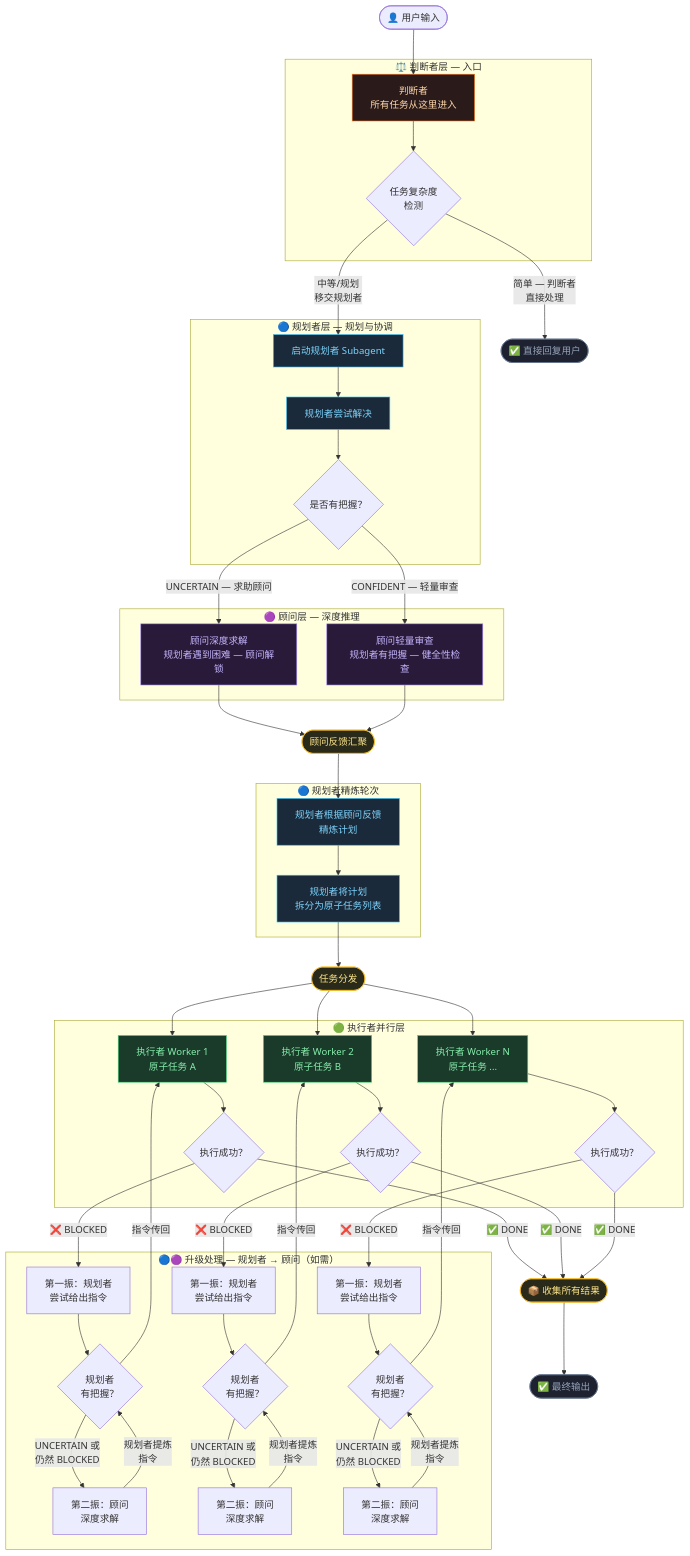
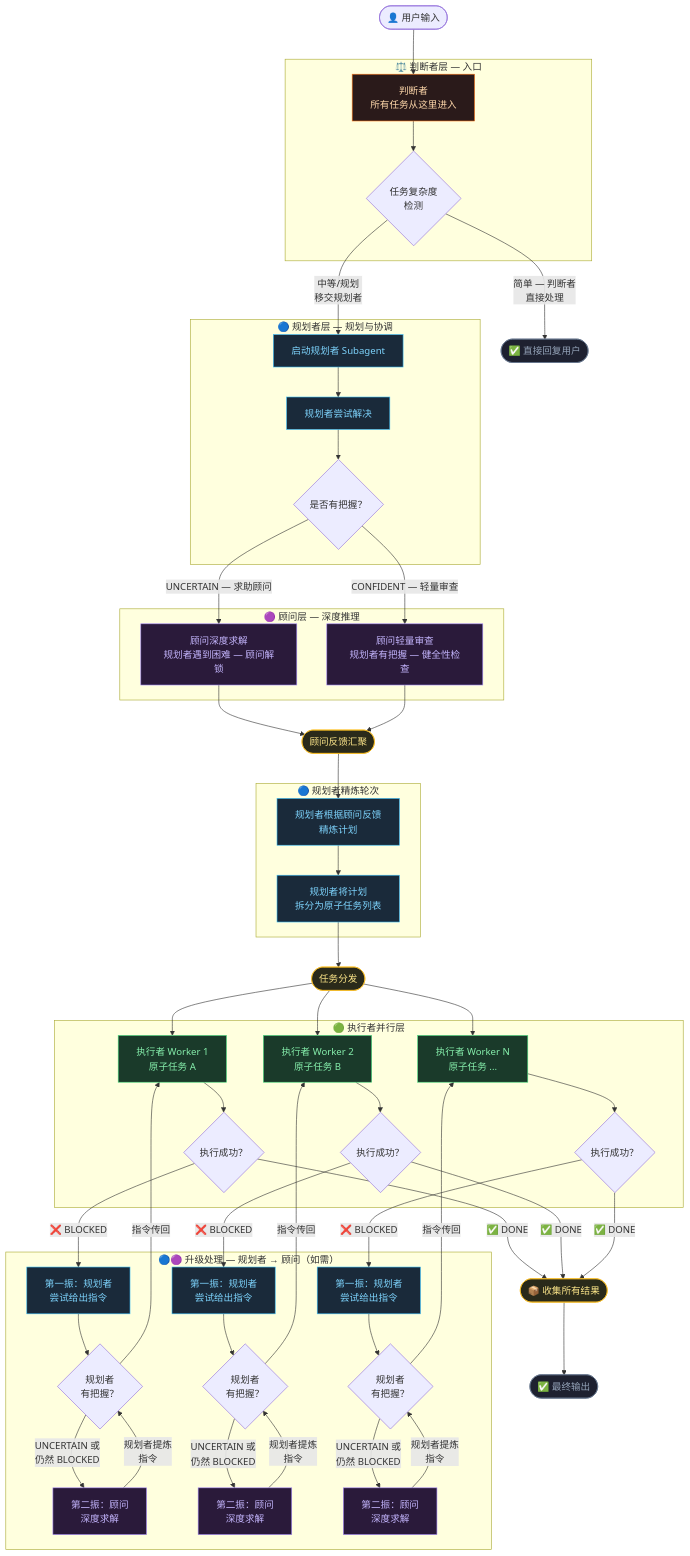
The diagram in README-zh.md (shttty/smart-cascade), drawn with Mermaid before and after one commit. The commit also changed 2 other files, not shown here.

Commit message:
fix: correct class assignments in Mermaid diagrams, update HTML subtitle with Judge role

````diff
--- a/README-zh.md
+++ b/README-zh.md
@@ -110,8 +110,8 @@
 
     class JUDGE judge
     class T1,T2,T3 executor
-    class PLANNER_START,PLANNER_TRY,PLANNER_REFINE,PLANNER_SPLIT,ESC1,ESC2,ESC3 planner
-    class ADVISOR_SOLVE,ADVISOR_REVIEW advisor
+    class PLANNER_START,PLANNER_TRY,PLANNER_REFINE,PLANNER_SPLIT,ESC1_P,ESC2_P,ESC3_P planner
+    class ADVISOR_SOLVE,ADVISOR_REVIEW,ESC1_A,ESC2_A,ESC3_A advisor
     class DONE,FINAL terminal
     class MERGE,DISPATCH,COLLECT merge
 ```
````
